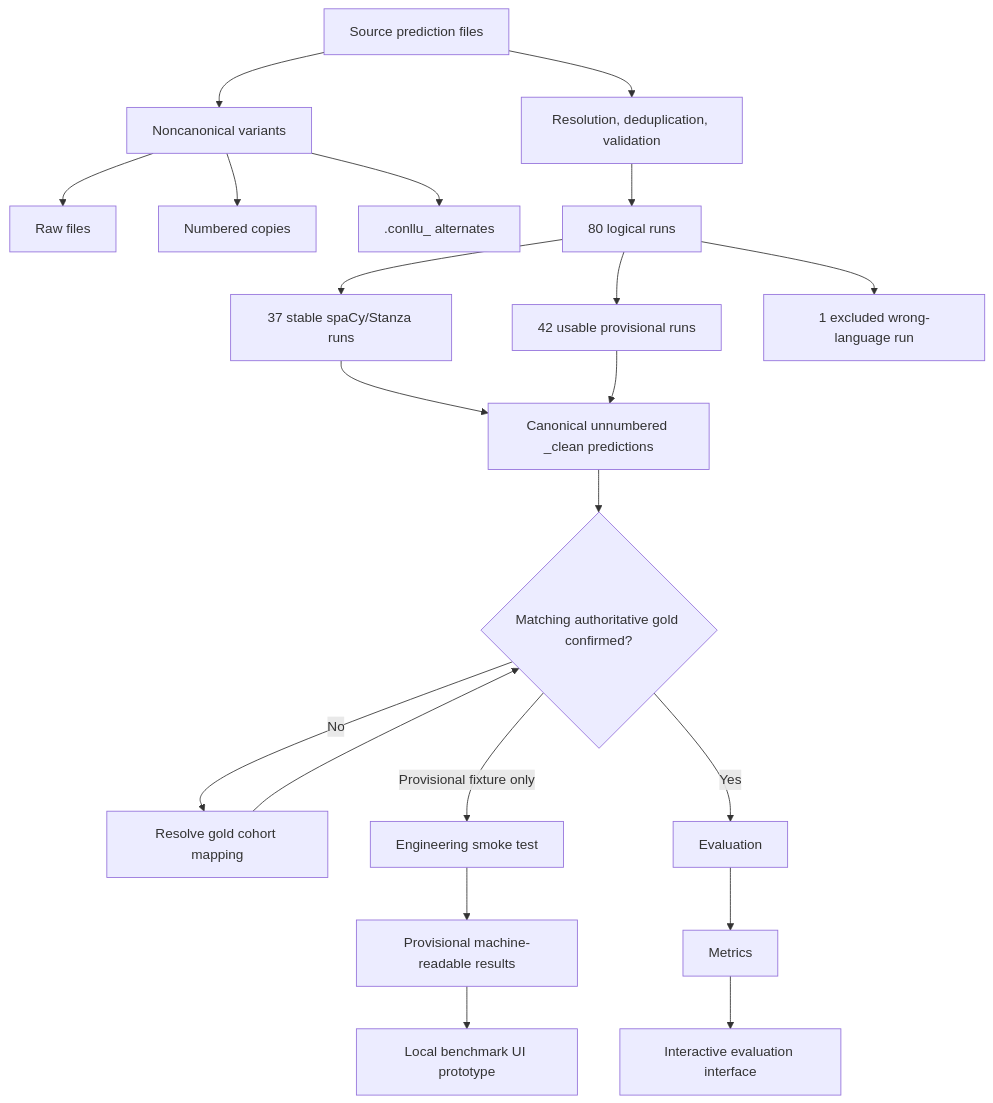
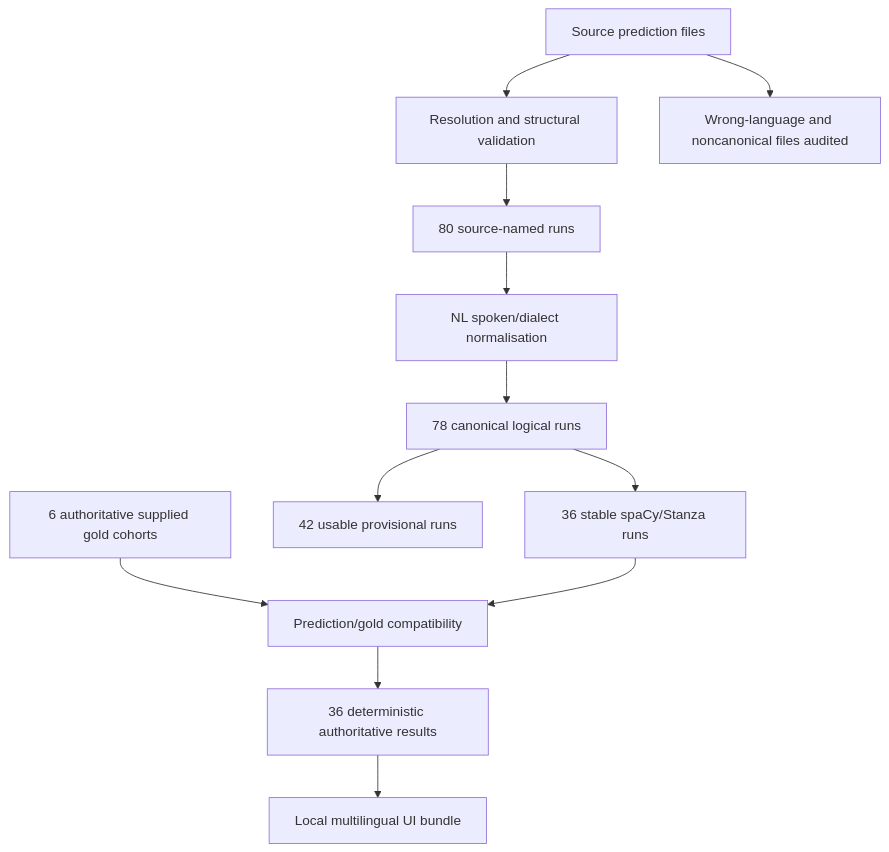
Before and after one commit to hulln/conllu-tag-based-eval: the diagram in am_benchmark/README.md, drawn with Mermaid. The commit also changed other lines of this file and 19 other files, not shown here.

Commit message:
Finalize authoritative multilingual benchmark evaluation

```diff
--- a/am_benchmark/README.md
+++ b/am_benchmark/README.md
@@ -31,23 +32,14 @@
 ~~~mermaid
 flowchart TD
-    A[Source prediction files] --> B[Resolution, deduplication, validation]
-    A --> N[Noncanonical variants]
-    N --> N1[Raw files]
-    N --> N2[Numbered copies]
-    N --> N3[.conllu_ alternates]
-    B --> C[80 logical runs]
-    C --> S[37 stable spaCy/Stanza runs]
-    C --> P[42 usable provisional runs]
-    C --> X[1 excluded wrong-language run]
-    S --> D[Canonical unnumbered _clean predictions]
-    P --> D
-    D --> G{Matching authoritative gold confirmed?}
-    G -- No --> R[Resolve gold cohort mapping]
-    R --> G
-    G -- Provisional fixture only --> T[Engineering smoke test]
-    T --> Q[Provisional machine-readable results]
-    Q --> L[Local benchmark UI prototype]
-    G -- Yes --> E[Evaluation]
-    E --> M[Metrics]
-    M --> U[Interactive evaluation interface]
+    A[Source prediction files] --> B[Resolution and structural validation]
+    B --> C[80 source-named runs]
+    C --> D[NL spoken/dialect normalisation]
+    D --> E[78 canonical logical runs]
+    E --> S[36 stable spaCy/Stanza runs]
+    E --> P[42 usable provisional runs]
+    A --> X[Wrong-language and noncanonical files audited]
+    G[6 authoritative supplied gold cohorts] --> V[Prediction/gold compatibility]
+    S --> V
+    V --> R[36 deterministic authoritative results]
+    R --> U[Local multilingual UI bundle]
 ~~~
```
